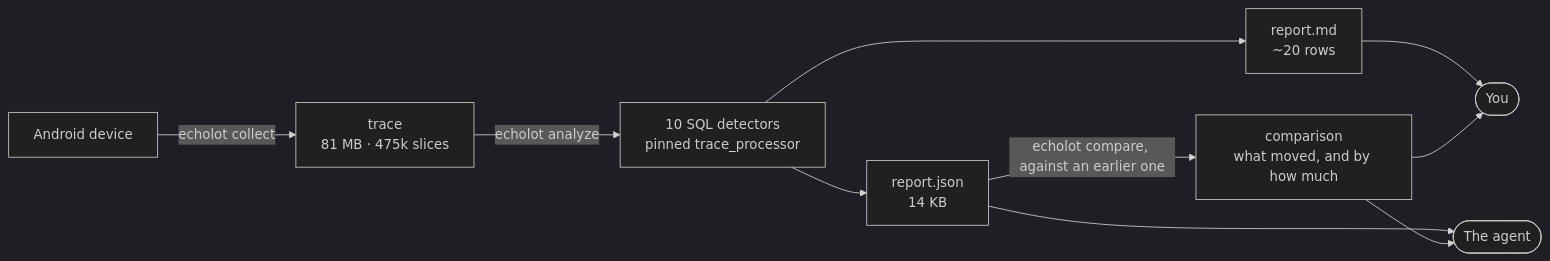
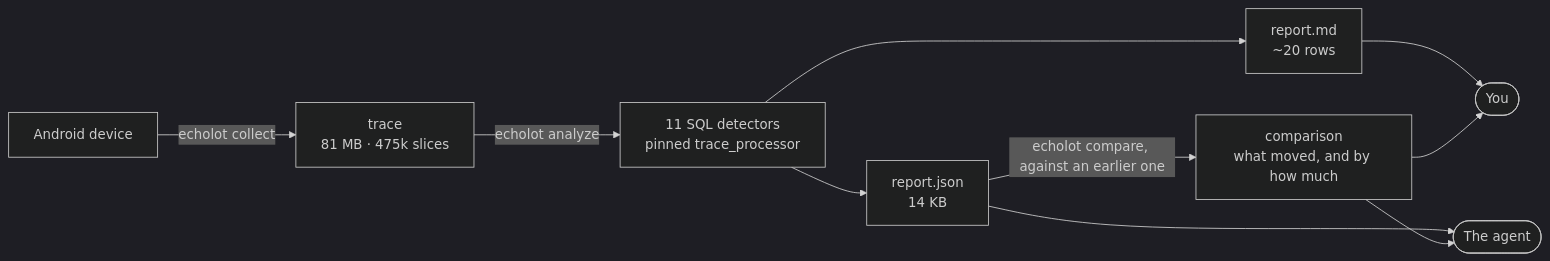
The diagram in README.md (grishan0v/echolot), drawn with Mermaid (dark theme) before and after one commit. The commit also changed other lines of this file and 4 other files, not shown here.

````diff
--- a/README.md
+++ b/README.md
@@ -353,19 +353,19 @@
 ```mermaid
 flowchart LR
     A["Android device"]
     B["trace<br/>81 MB · 475k slices"]
-    C["10 SQL detectors<br/>pinned trace_processor"]
+    C["11 SQL detectors<br/>pinned trace_processor"]
     D["report.md<br/>~20 rows"]
     E["report.json<br/>14 KB"]
     H["comparison<br/>what moved, and by how much"]
     F(["You"])
     G(["The agent"])
 
     A -->|"echolot collect"| B
     B -->|"echolot analyze"| C
     C --> D --> F
     C --> E --> G
     E -->|"echolot compare, against an earlier one"| H
     H --> F
     H --> G
 ```
````
